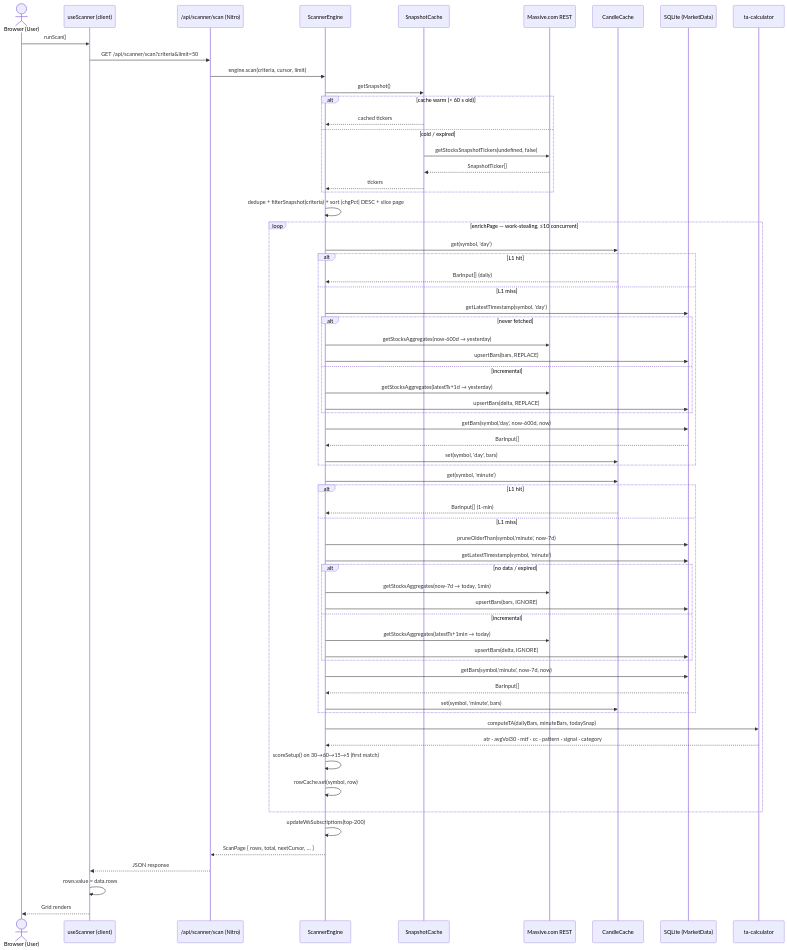
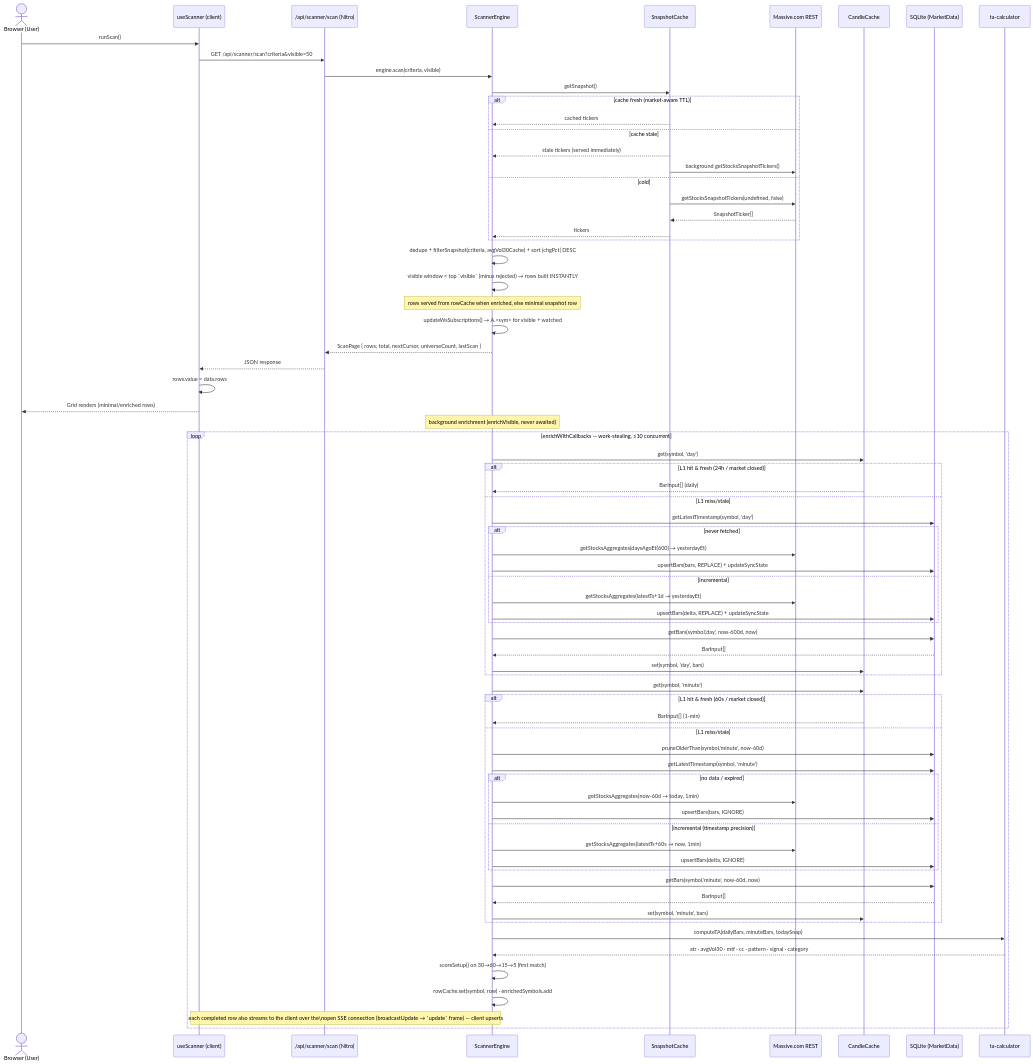
One commit to GerritKnoetze/pulse-trader changed the second of 4 diagrams in docs/DATA_ARCHITECTURE.md. Above: the diagram before and after it, drawn with Mermaid. The commit also changed other lines of this file and 11 other files, not shown here.

First line of the commit message:
feat(data): non-blocking chart data path, 5min/10s timespan fix, test harness

````diff
--- a/docs/DATA_ARCHITECTURE.md
+++ b/docs/DATA_ARCHITECTURE.md
@@ -883,75 +1130,81 @@
 ```mermaid
 sequenceDiagram
     actor User as Browser (User)
     participant SC as useScanner (client)
     participant API as /api/scanner/scan (Nitro)
     participant SE as ScannerEngine
     participant SnapC as SnapshotCache
     participant MassREST as Massive.com REST
     participant CC as CandleCache
     participant DB as SQLite (MarketData)
     participant TA as ta-calculator
 
     User->>SC: runScan()
-    SC->>API: GET /api/scanner/scan?criteria&limit=50
-    API->>SE: engine.scan(criteria, cursor, limit)
+    SC->>API: GET /api/scanner/scan?criteria&visible=50
+    API->>SE: engine.scan(criteria, visible)
 
     SE->>SnapC: getSnapshot()
-    alt cache warm (< 60 s old)
+    alt cache fresh (market-aware TTL)
         SnapC-->>SE: cached tickers
-    else cold / expired
+    else cache stale
+        SnapC-->>SE: stale tickers (served immediately)
+        SnapC->>MassREST: background getStocksSnapshotTickers()
+    else cold
         SnapC->>MassREST: getStocksSnapshotTickers(undefined, false)
         MassREST-->>SnapC: SnapshotTicker[]
         SnapC-->>SE: tickers
     end
 
-    SE->>SE: dedupe + filterSnapshot(criteria) + sort |chgPct| DESC + slice page
+    SE->>SE: dedupe + filterSnapshot(criteria, avgVol30Cache) + sort |chgPct| DESC
+    SE->>SE: visible window = top `visible` (minus rejected) → rows built INSTANTLY
+    Note over SE: rows served from rowCache when enriched, else minimal snapshot row
+    SE->>SE: updateWsSubscriptions() → A.<sym> for visible + watched
+    SE-->>API: ScanPage { rows, total, nextCursor, universeCount, lastScan }
+    API-->>SC: JSON response
+    SC->>SC: rows.value = data.rows
+    SC-->>User: Grid renders (minimal/enriched rows)
 
-    loop enrichPage — work-stealing, ≤10 concurrent
+    Note over SE: background enrichment (enrichVisible, never awaited)
+    loop enrichWithCallbacks — work-stealing, ≤10 concurrent
         SE->>CC: get(symbol, 'day')
-        alt L1 hit
+        alt L1 hit & fresh (24h / market closed)
             CC-->>SE: BarInput[] (daily)
-        else L1 miss
+        else L1 miss/stale
             SE->>DB: getLatestTimestamp(symbol, 'day')
             alt never fetched
-                SE->>MassREST: getStocksAggregates(now-600d → yesterday)
-                SE->>DB: upsertBars(bars, REPLACE)
+                SE->>MassREST: getStocksAggregates(daysAgoEt(600) → yesterdayEt)
+                SE->>DB: upsertBars(bars, REPLACE) + updateSyncState
             else incremental
-                SE->>MassREST: getStocksAggregates(latestTs+1d → yesterday)
-                SE->>DB: upsertBars(delta, REPLACE)
+                SE->>MassREST: getStocksAggregates(latestTs+1d → yesterdayEt)
+                SE->>DB: upsertBars(delta, REPLACE) + updateSyncState
             end
             SE->>DB: getBars(symbol,'day', now-600d, now)
             DB-->>SE: BarInput[]
             SE->>CC: set(symbol, 'day', bars)
         end
 
         SE->>CC: get(symbol, 'minute')
-        alt L1 hit
+        alt L1 hit & fresh (60s / market closed)
             CC-->>SE: BarInput[] (1-min)
-        else L1 miss
-            SE->>DB: pruneOlderThan(symbol,'minute', now-7d)
+        else L1 miss/stale
+            SE->>DB: pruneOlderThan(symbol,'minute', now-60d)
             SE->>DB: getLatestTimestamp(symbol, 'minute')
             alt no data / expired
-                SE->>MassREST: getStocksAggregates(now-7d → today, 1min)
+                SE->>MassREST: getStocksAggregates(now-60d → today, 1min)
                 SE->>DB: upsertBars(bars, IGNORE)
-            else incremental
-                SE->>MassREST: getStocksAggregates(latestTs+1min → today)
+            else incremental (timestamp precision)
+                SE->>MassREST: getStocksAggregates(latestTs+60s → now, 1min)
                 SE->>DB: upsertBars(delta, IGNORE)
             end
-            SE->>DB: getBars(symbol,'minute', now-7d, now)
+            SE->>DB: getBars(symbol,'minute', now-60d, now)
             DB-->>SE: BarInput[]
             SE->>CC: set(symbol, 'minute', bars)
         end
 
         SE->>TA: computeTA(dailyBars, minuteBars, todaySnap)
         TA-->>SE: atr · avgVol30 · mtf · cc · pattern · signal · category
         SE->>SE: scoreSetup() on 30→60→15→5 (first match)
-        SE->>SE: rowCache.set(symbol, row)
+        SE->>SE: rowCache.set(symbol, row) · enrichedSymbols.add
+        Note over SE,SC: each completed row also streams to the client over the\nopen SSE connection (broadcastUpdate → `update` frame) — client upserts
     end
-
-    SE->>SE: updateWsSubscriptions(top-200)
-    SE-->>API: ScanPage { rows, total, nextCursor, … }
-    API-->>SC: JSON response
-    SC->>SC: rows.value = data.rows
-    SC-->>User: Grid renders
 ```
````
